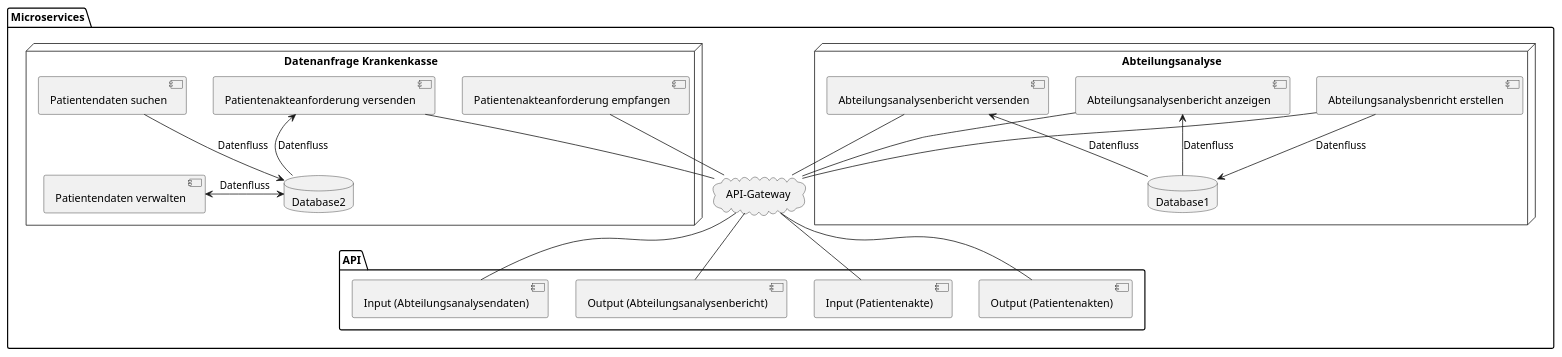
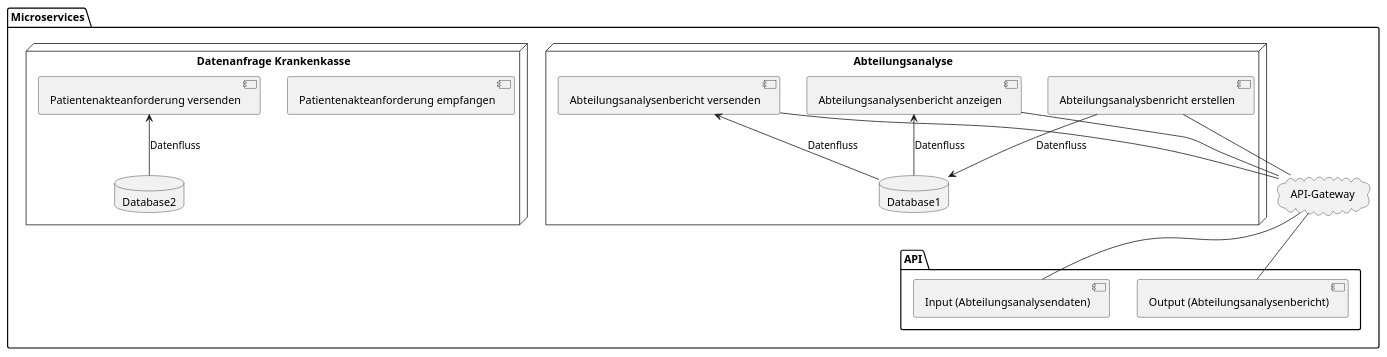
Before and after one commit to fh-erfurt/ss23-kba-project: the fifth of 7 diagrams in docs/5_system-architecture/system_architecture.md, drawn with PlantUML. The commit also changed other lines of this file, not shown here.

````diff
--- a/docs/5_system-architecture/system_architecture.md
+++ b/docs/5_system-architecture/system_architecture.md
@@ -290,51 +290,41 @@
 ```plantuml Microservices 
 @startuml
 package "Microservices" {
 
 node "Abteilungsanalyse" {
     [Abteilungsanalysenbericht anzeigen] 
     [Abteilungsanalysbenricht erstellen] 
     [Abteilungsanalysenbericht versenden] 
    
     database "Database1"{
       [Abteilungsanalysenbericht anzeigen] <-- Database1 : Datenfluss
       [Abteilungsanalysbenricht erstellen] --> Database1 : Datenfluss
       [Abteilungsanalysenbericht versenden] <-- Database1 : Datenfluss
     }
   }
 
  node "Datenanfrage Krankenkasse"{
     [Patientenakteanforderung empfangen] 
     [Patientenakteanforderung versenden]
-    [Patientendaten suchen]
-    [Patientendaten verwalten]
 
     database "Database2"{
-      [Patientendaten verwalten] <-> Database2 : Datenfluss
-      [Patientendaten suchen] --> Database2 : Datenfluss
       [Patientenakteanforderung versenden] <-- Database2 : Datenfluss
     }
   }
 
   cloud "API-Gateway"
 
 package "API"{
   [Input (Abteilungsanalysendaten)]
   [Output (Abteilungsanalysenbericht)]
-  [Input (Patientenakte)]
-  [Output (Patientenakten)]
  }
 }
 
   [Abteilungsanalysbenricht erstellen] -down- "API-Gateway"
   [Abteilungsanalysenbericht anzeigen] -down- "API-Gateway"
   [Abteilungsanalysenbericht versenden] -down- "API-Gateway"
-  [Patientenakteanforderung empfangen] -down- "API-Gateway"
-  [Patientenakteanforderung versenden] -down- "API-Gateway"
 
   "API-Gateway" -- [Input (Abteilungsanalysendaten)]
   "API-Gateway" -- [Output (Abteilungsanalysenbericht)]
-  "API-Gateway" -- [Input (Patientenakte)]
-  "API-Gateway" -- [Output (Patientenakten)]
 @enduml
 ```
````
